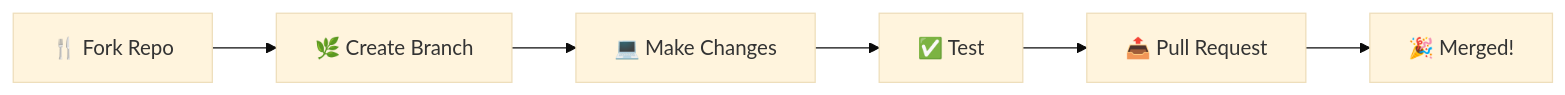
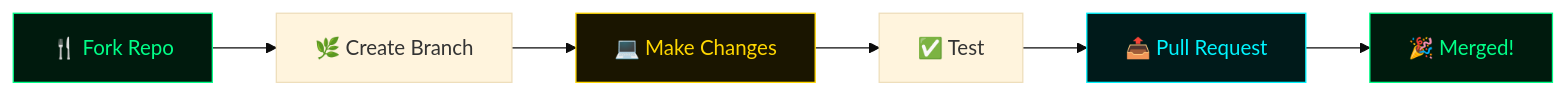
One commit to AshmitThakur23/Local-AI-Web-Navigator changed the sixth of 6 diagrams in README.md. Above: the diagram before and after it, drawn with Mermaid (base theme). The commit also changed other lines of this file, not shown here.

````diff
--- a/README.md
+++ b/README.md
@@ -671,8 +676,13 @@
 ```mermaid
 flowchart LR
     A[🍴 Fork Repo] --> B[🌿 Create Branch]
     B --> C[💻 Make Changes]
     C --> D[✅ Test]
     D --> E[📤 Pull Request]
     E --> F[🎉 Merged!]
+
+    style A fill:#001a0d,stroke:#00ff88,color:#00ff88
+    style C fill:#1a1500,stroke:#ffd700,color:#ffd700
+    style E fill:#001a1a,stroke:#00f5ff,color:#00f5ff
+    style F fill:#001a0d,stroke:#00ff88,color:#00ff88
 ```
````
